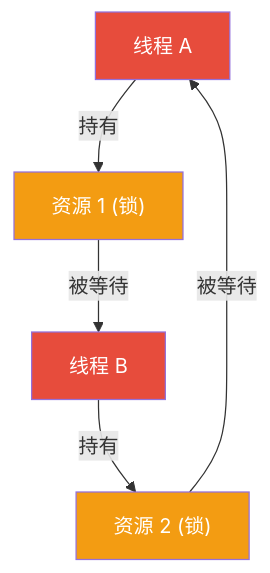
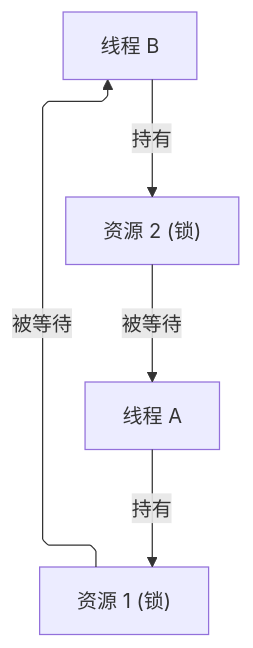
Before and after one commit to ziyan-cs/obsidian-coding-notes: the diagram in 01-CS Core (计算机核心基础)/03-Operating System（操作系统）/05-Synchronization（同步与互斥⭐）/03-Deadlock（死锁）.md, drawn with Mermaid. The commit also changed 37 other files, not shown here.

````diff
--- a/01-CS Core (计算机核心基础)/03-Operating System（操作系统）/05-Synchronization（同步与互斥⭐）/03-Deadlock（死锁）.md
+++ b/01-CS Core (计算机核心基础)/03-Operating System（操作系统）/05-Synchronization（同步与互斥⭐）/03-Deadlock（死锁）.md
@@ -161,11 +161,8 @@
 ```mermaid
+%%{init: {"flowchart": {"defaultRenderer": "elk", "curve": "monotoneX"}} }%%
 graph TD
     P1["线程 A"] -->|"持有"| R1["资源 1 (锁)"]
     R1 -->|"被等待"| P2["线程 B"]
     P2 -->|"持有"| R2["资源 2 (锁)"]
     R2 -->|"被等待"| P1
-    style P1 fill:#e74c3c,color:#fff
-    style P2 fill:#e74c3c,color:#fff
-    style R1 fill:#f39c12,color:#fff
-    style R2 fill:#f39c12,color:#fff
 ```
````
